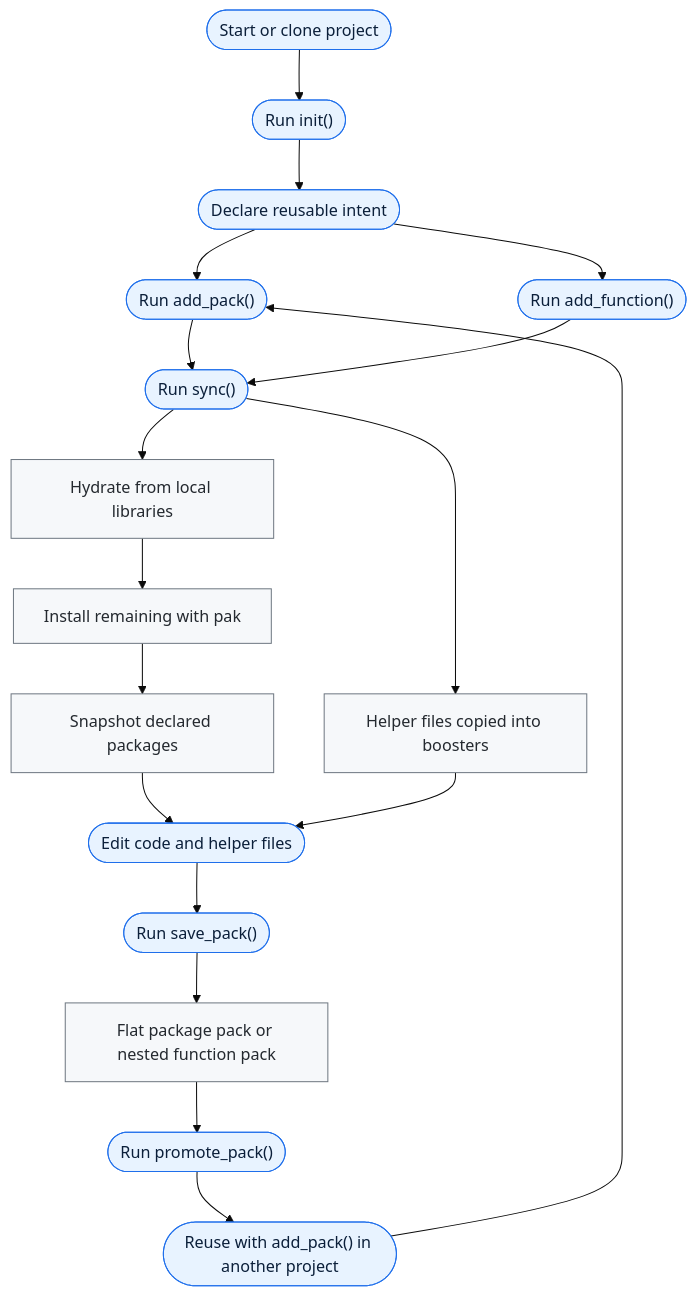
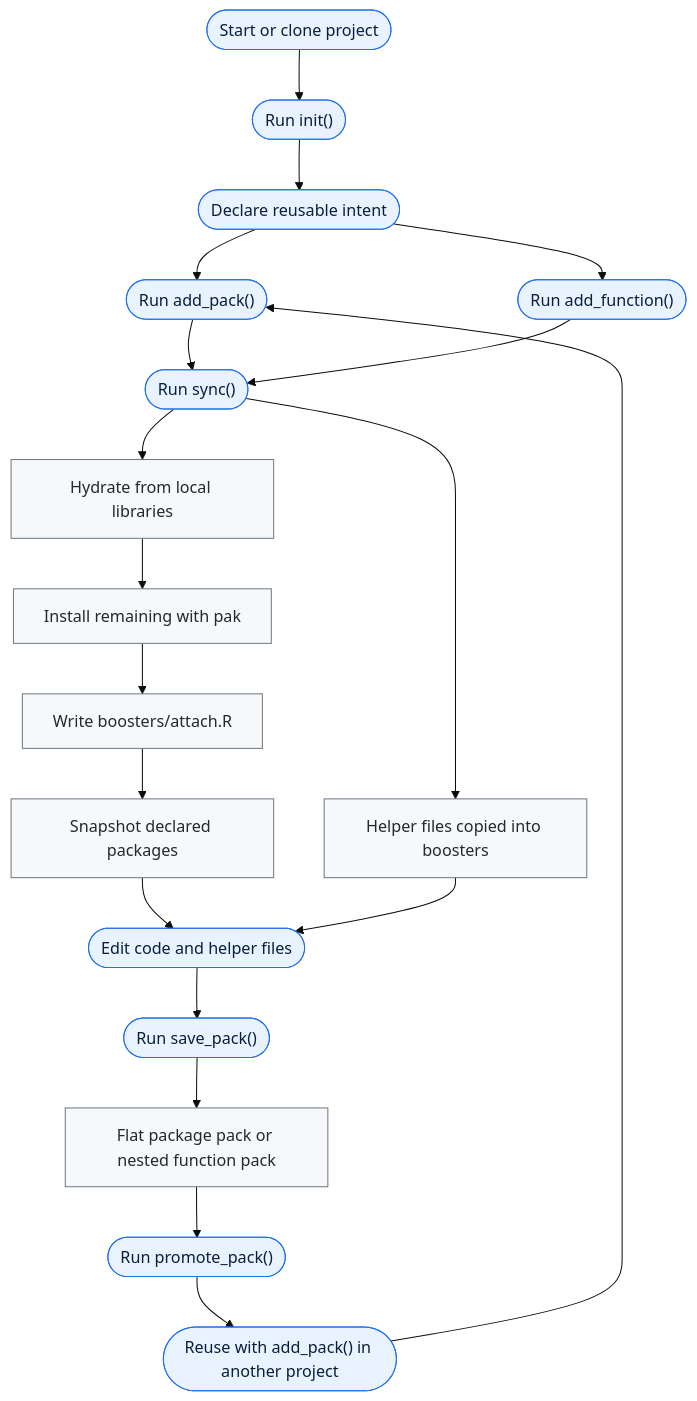
One commit to seanthimons/boosterpak changed the diagram in README.md. Above: the diagram before and after it, drawn with Mermaid (base theme). The commit also changed other lines of this file and 19 other files, not shown here.

````diff
--- a/README.md
+++ b/README.md
@@ -35,25 +35,26 @@
 ```mermaid
 flowchart TD
   A([Start or clone project]) --> B(["Run init()"])
   B --> C([Declare reusable intent])
   C --> D(["Run add_pack()"])
   C --> E(["Run add_function()"])
   D --> F(["Run sync()"])
   E --> F
   F --> G[Hydrate from local libraries]
   G --> H[Install remaining with pak]
-  H --> I[Snapshot declared packages]
+  H --> A1[Write boosters/attach.R]
+  A1 --> I[Snapshot declared packages]
   F --> J[Helper files copied into boosters]
   I --> K([Edit code and helper files])
   J --> K
   K --> L(["Run save_pack()"])
   L --> M[Flat package pack or nested function pack]
   M --> N(["Run promote_pack()"])
   N --> O(["Reuse with add_pack() in another project"])
   O --> D
 
   classDef userAction fill:#e8f3ff,stroke:#1f6feb,color:#0b1f3a;
   classDef packageAction fill:#f6f8fa,stroke:#6e7781,color:#24292f;
   class A,B,C,D,E,F,K,L,N,O userAction;
-  class G,H,I,J,M packageAction;
+  class G,H,A1,I,J,M packageAction;
 ```
````
